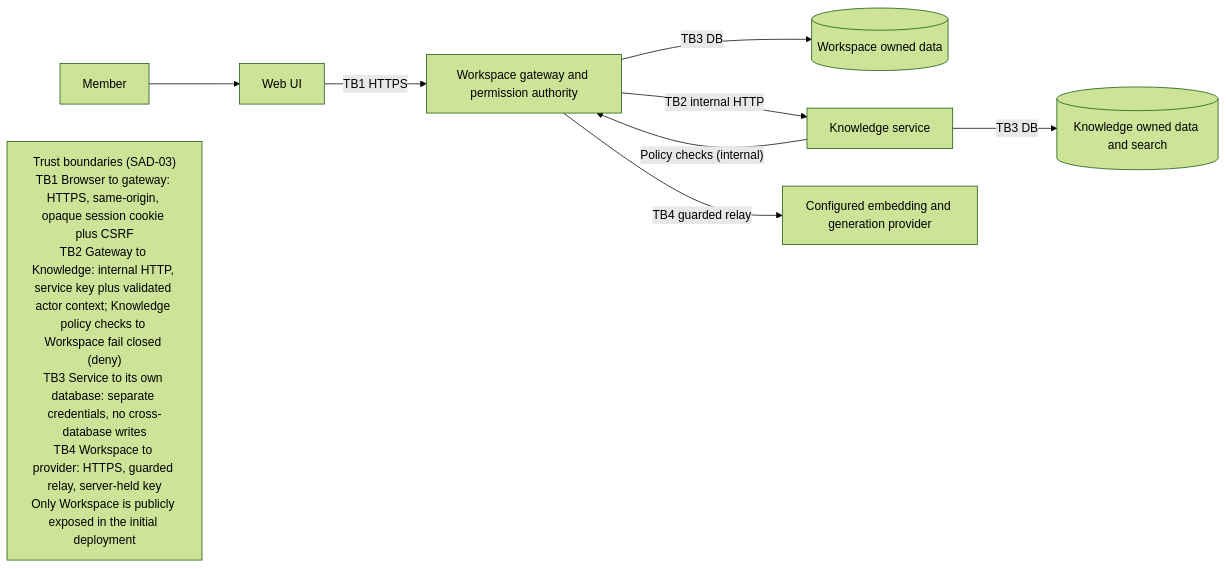
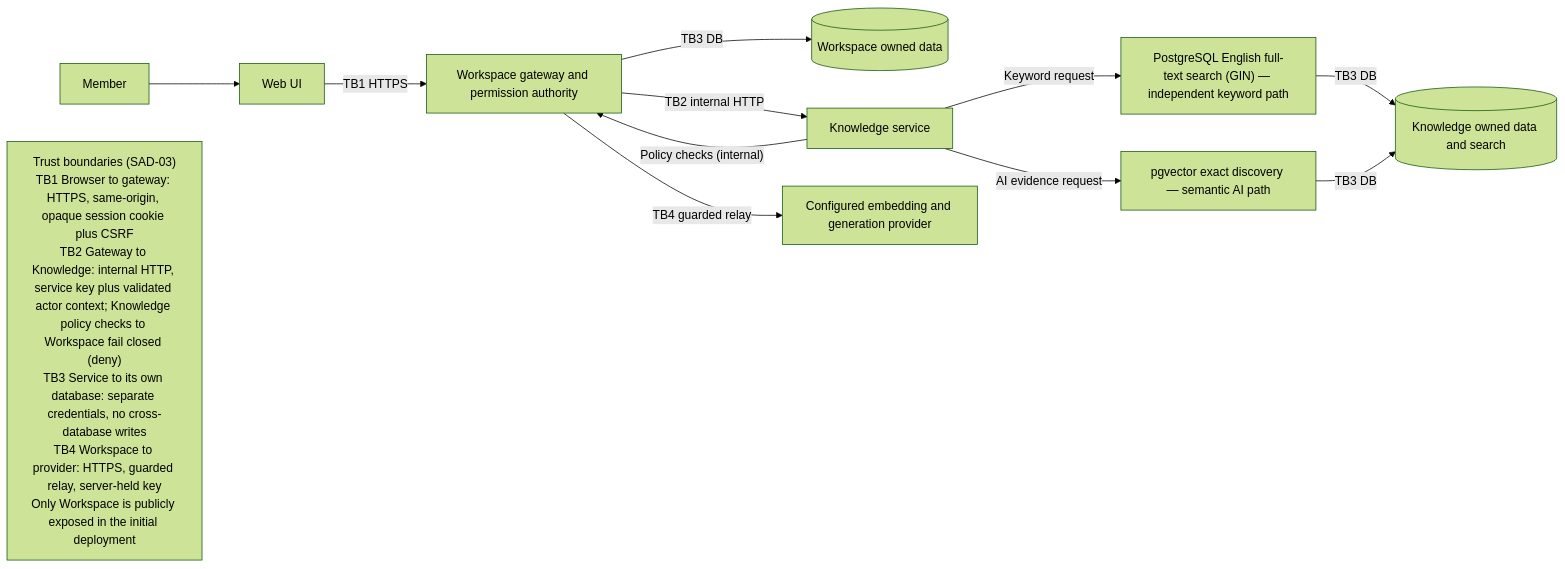
One commit to 900M100CK/scrum-workspace-KMS-ai changed the diagram in docs/sdlc/diagrams/architecture/service-composition.mmd. Above: the diagram before and after it, drawn with Mermaid (forest theme). The commit also changed 195 other files, not shown here.

First line of the commit message:
docs: reconcile design diagrams, contracts and review evidence

```diff
--- a/docs/sdlc/diagrams/architecture/service-composition.mmd
+++ b/docs/sdlc/diagrams/architecture/service-composition.mmd
@@ -1,13 +1,16 @@
-%% Origin: docs/architecture.md v0.7
-%% DGM-ARCH-01 v0.5 Draft - 14 October 2026
-%% Sources: SAD-03 v0.7 (sections 3.3 and 5); implemented storage ADR-0004 v0.2; owner-confirmed ADR-0011. TB1-TB4 are the SAD trust boundaries; Legend is an annotation, not a runtime element. Only storage is implemented; application edges remain design.
+%% Origin: docs/architecture.md v0.12
+%% DGM-ARCH-01 v0.9 Draft - 17 October 2026
+%% Sources: SAD-03 v0.12; PRD-01 v0.9; UC-02 v0.6; ADR-0004; ADR-0006; ADR-0007; ADR-0009; ADR-0011; ADR-0012
 flowchart LR
     User[Member] --> UI[Web UI]
     UI -->|TB1 HTTPS| W[Workspace gateway and permission authority]
     W -->|TB3 DB| WD[(Workspace owned data)]
     W -->|TB2 internal HTTP| K[Knowledge service]
-    K -->|TB3 DB| KD[(Knowledge owned data and search)]
+    K -->|Keyword request| Keyword["PostgreSQL English full-text search (GIN) — independent keyword path"]
+    K -->|AI evidence request| Semantic["pgvector exact discovery — semantic AI path"]
+    Keyword -->|TB3 DB| KD[(Knowledge owned data and search)]
+    Semantic -->|TB3 DB| KD
     K -->|"Policy checks (internal)"| W
     W -->|TB4 guarded relay| Provider[Configured embedding and generation provider]
     Legend["Trust boundaries (SAD-03)<br/>TB1 Browser to gateway: HTTPS, same-origin, opaque session cookie plus CSRF<br/>TB2 Gateway to Knowledge: internal HTTP, service key plus validated actor context; Knowledge policy checks to Workspace fail closed (deny)<br/>TB3 Service to its own database: separate credentials, no cross-database writes<br/>TB4 Workspace to provider: HTTPS, guarded relay, server-held key<br/>Only Workspace is publicly exposed in the initial deployment"]
-%% Change: current origin metadata registered for docs:lint; graph semantics retained; policy-check label matched to native Draw.io.
+%% Change: independent keyword and semantic paths replace the implied combined retrieval path; storage and service ownership remain unchanged.
```
